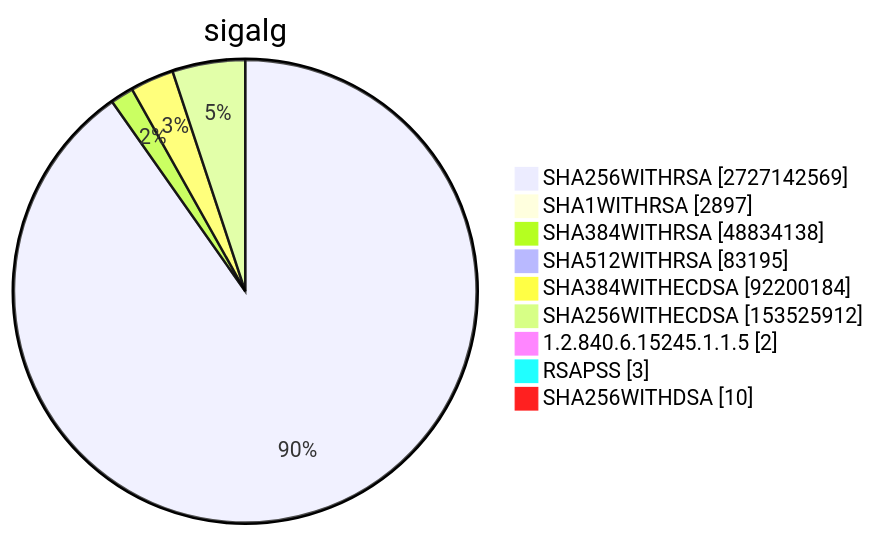
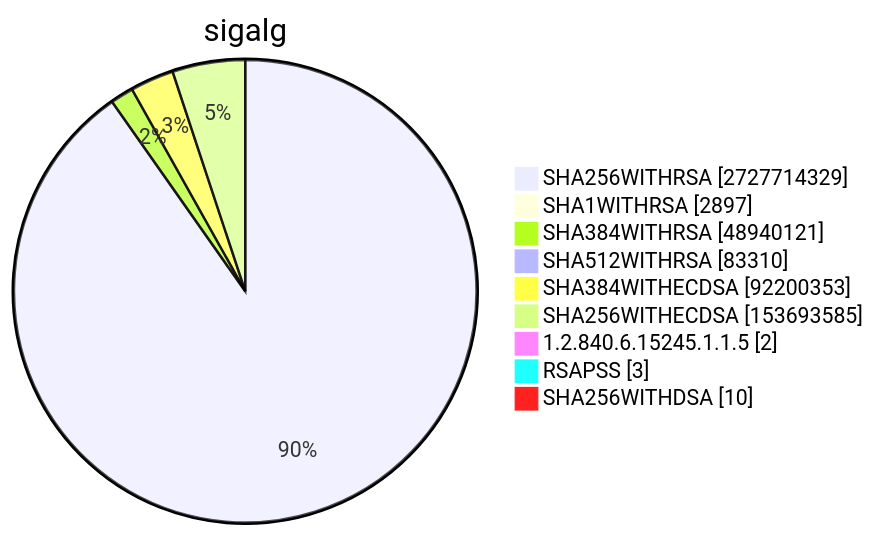
Diagram 15 of 15 in TOTAL/README.md (christiankrug/ctmonitor_visualization), drawn with Mermaid before and after one commit. The commit also changed other lines of this file, not shown here.

````diff
--- a/TOTAL/README.md
+++ b/TOTAL/README.md
@@ -6192,13 +6195,13 @@
 ```mermaid
 pie showData
 title sigalg
-"SHA256WITHRSA" :2727142569
+"SHA256WITHRSA" :2727714329
 "SHA1WITHRSA" :2897
-"SHA384WITHRSA" :48834138
-"SHA512WITHRSA" :83195
-"SHA384WITHECDSA" :92200184
-"SHA256WITHECDSA" :153525912
+"SHA384WITHRSA" :48940121
+"SHA512WITHRSA" :83310
+"SHA384WITHECDSA" :92200353
+"SHA256WITHECDSA" :153693585
 "1.2.840.6.15245.1.1.5" :2
 "RSAPSS" :3
 "SHA256WITHDSA" :10
 ```
````
